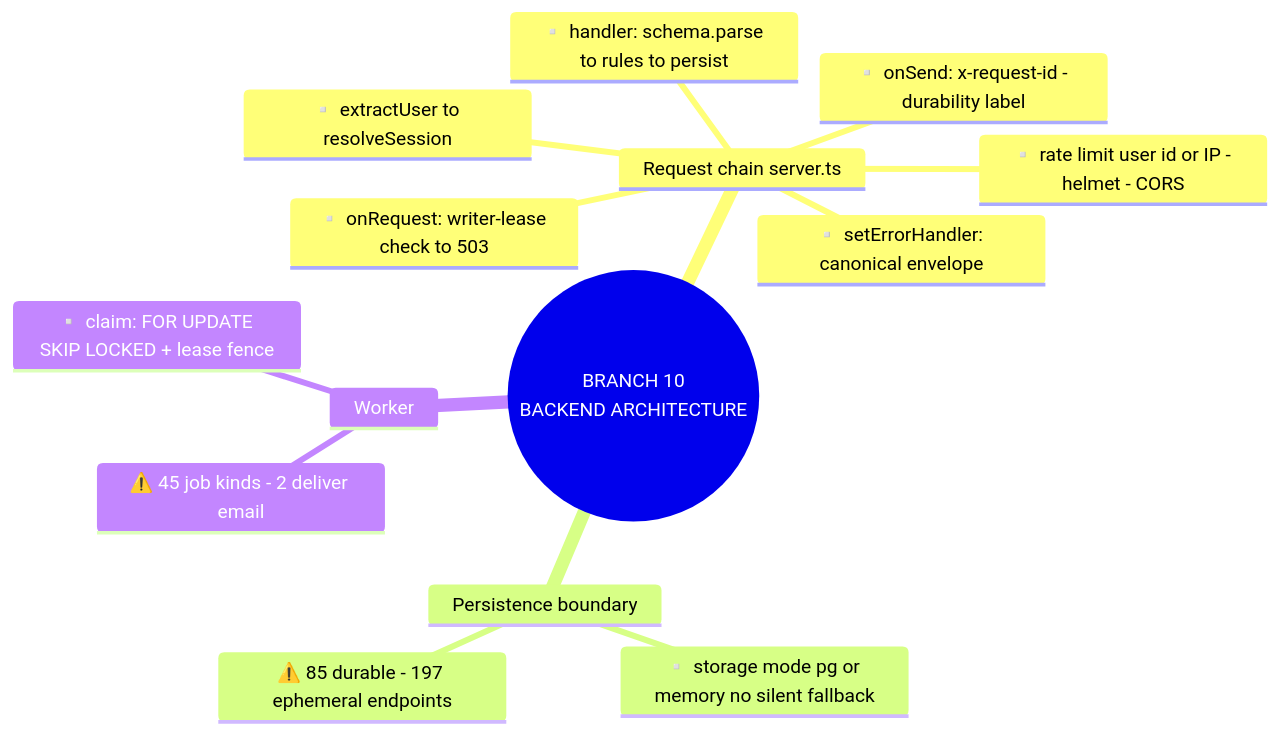
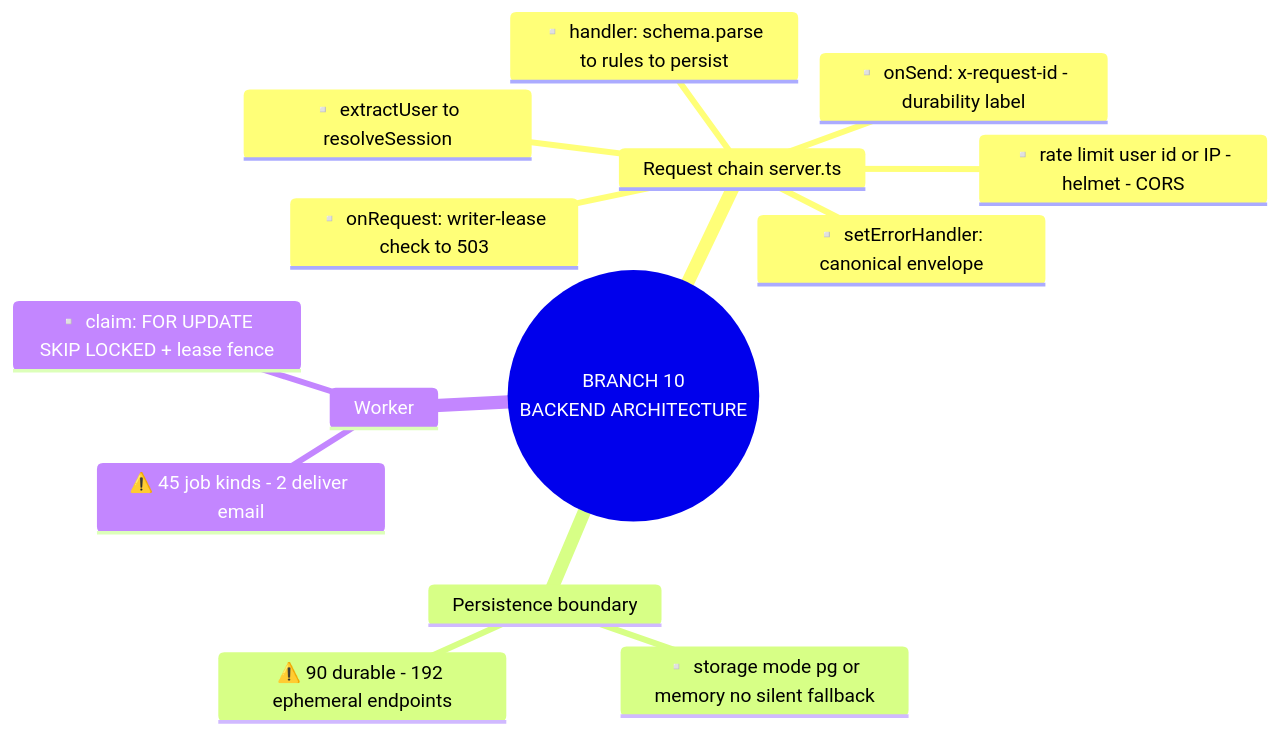
Before and after one commit to yhsomani/talentsphere-complete: diagram 12 of 22 in project-mindmap/master/MASTER_PROJECT_DIAGRAMS.md, drawn with Mermaid. The commit also changed other lines of this file and 44 other files, not shown here.

First line of the commit message:
docs: dedup scan, doc-to-code sync and mind map refresh

````diff
--- a/project-mindmap/master/MASTER_PROJECT_DIAGRAMS.md
+++ b/project-mindmap/master/MASTER_PROJECT_DIAGRAMS.md
@@ -369,17 +369,17 @@
 ```mermaid
 mindmap
   root(("BRANCH 10<br/>BACKEND ARCHITECTURE"))
     Request chain server.ts
       ▫️ onRequest: writer-lease check to 503
       ▫️ rate limit user id or IP - helmet - CORS
       ▫️ extractUser to resolveSession
       ▫️ handler: schema.parse to rules to persist
       ▫️ onSend: x-request-id - durability label
       ▫️ setErrorHandler: canonical envelope
     Persistence boundary
       ▫️ storage mode pg or memory no silent fallback
-      ⚠️ 85 durable - 197 ephemeral endpoints
+      ⚠️ 90 durable - 192 ephemeral endpoints
     Worker
       ⚠️ 45 job kinds - 2 deliver email
       ▫️ claim: FOR UPDATE SKIP LOCKED + lease fence
 ```
````
